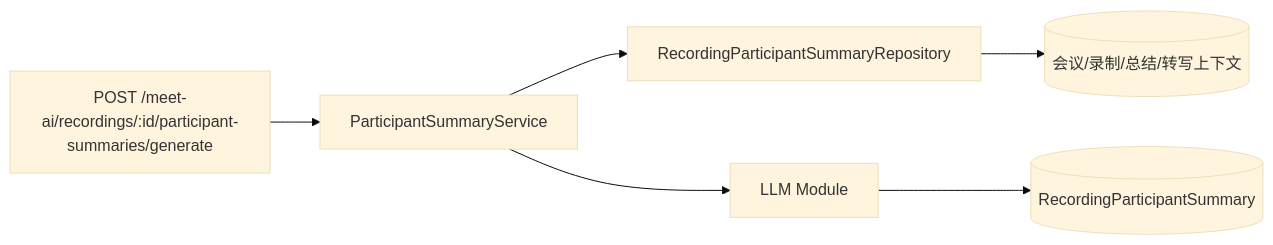
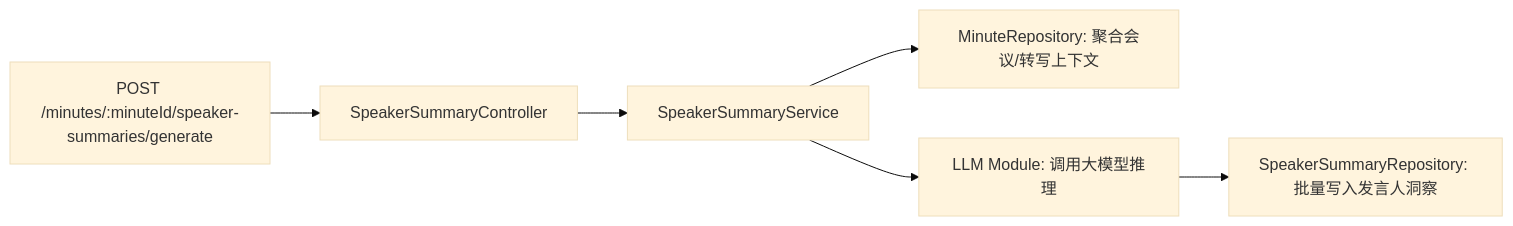
One commit to lulabs-org/nove-api changed the third of 4 diagrams in docs/developer/architecture/data-flow.md. Above: the diagram before and after it, drawn with Mermaid (base theme). The commit also changed other lines of this file and 85 other files, not shown here.

````diff
--- a/docs/developer/architecture/data-flow.md
+++ b/docs/developer/architecture/data-flow.md
@@ -48,8 +51,8 @@
 ```mermaid
 flowchart LR
-  A[POST /meet-ai/recordings/:id/participant-summaries/generate] --> B[ParticipantSummaryService]
-  B --> C[RecordingParticipantSummaryRepository]
-  C --> D[(会议/录制/总结/转写上下文)]
-  B --> E[LLM Module]
-  E --> F[(RecordingParticipantSummary)]
+  A[POST /minutes/:minuteId/speaker-summaries/generate] --> B[SpeakerSummaryController]
+  B --> C[SpeakerSummaryService]
+  C --> D[MinuteRepository: 聚合会议/转写上下文]
+  C --> E[LLM Module: 调用大模型推理]
+  E --> F[SpeakerSummaryRepository: 批量写入发言人洞察]
 ```
````
